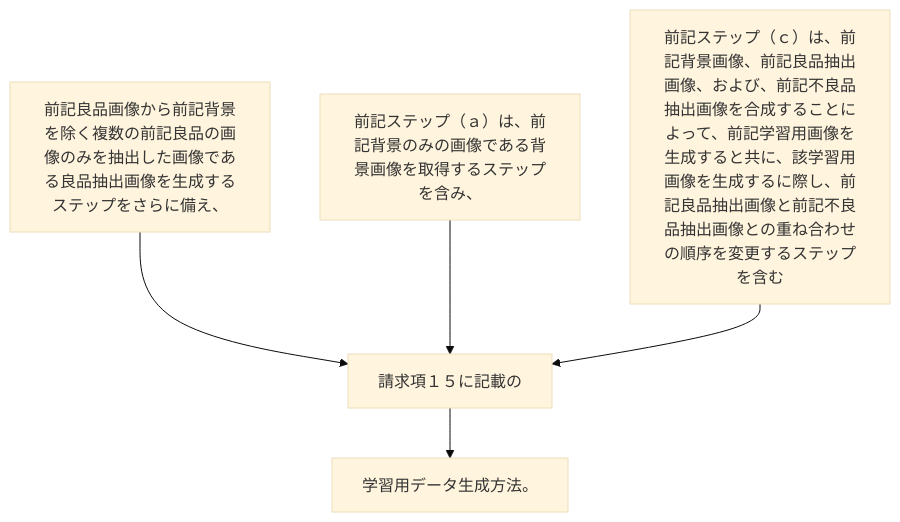
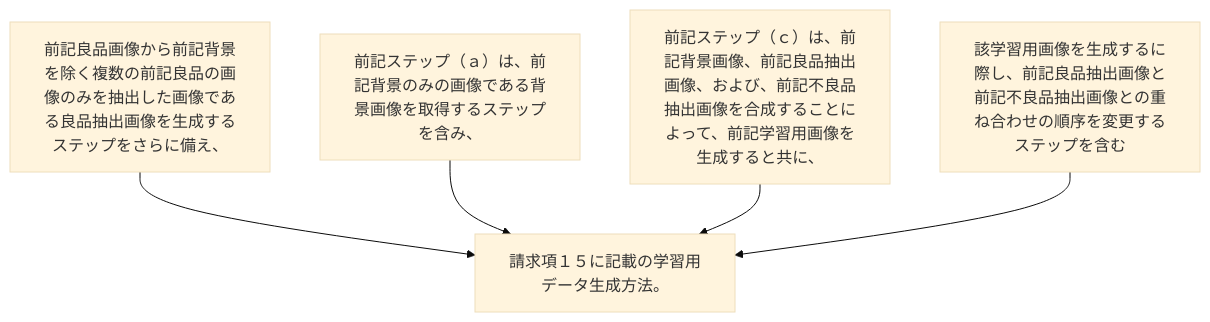
The diagram in 2024/JP2024000284A/claim_16/claim_16_graph.md (shinmori55/patent_analyzed), drawn with Mermaid (base theme) before and after one commit. The commit also changed 15 other files, not shown here.

````diff
--- a/2024/JP2024000284A/claim_16/claim_16_graph.md
+++ b/2024/JP2024000284A/claim_16/claim_16_graph.md
@@ -1,12 +1,12 @@
 ```mermaid
 flowchart TD
 A[前記良品画像から前記背景を除く複数の前記良品の画像のみを抽出した画像である良品抽出画像を生成するステップをさらに備え、]
 B[前記ステップ（ａ）は、前記背景のみの画像である背景画像を取得するステップを含み、]
-C[前記ステップ（ｃ）は、前記背景画像、前記良品抽出画像、および、前記不良品抽出画像を合成することによって、前記学習用画像を生成すると共に、該学習用画像を生成するに際し、前記良品抽出画像と前記不良品抽出画像との重ね合わせの順序を変更するステップを含む]
-D[請求項１５に記載の]
-E[学習用データ生成方法。]
-A --> D
-B --> D
-C --> D
+C[前記ステップ（ｃ）は、前記背景画像、前記良品抽出画像、および、前記不良品抽出画像を合成することによって、前記学習用画像を生成すると共に、]
+D[該学習用画像を生成するに際し、前記良品抽出画像と前記不良品抽出画像との重ね合わせの順序を変更するステップを含む]
+E[請求項１５に記載の学習用データ生成方法。]
+A --> E
+B --> E
+C --> E
 D --> E
 ```
````
